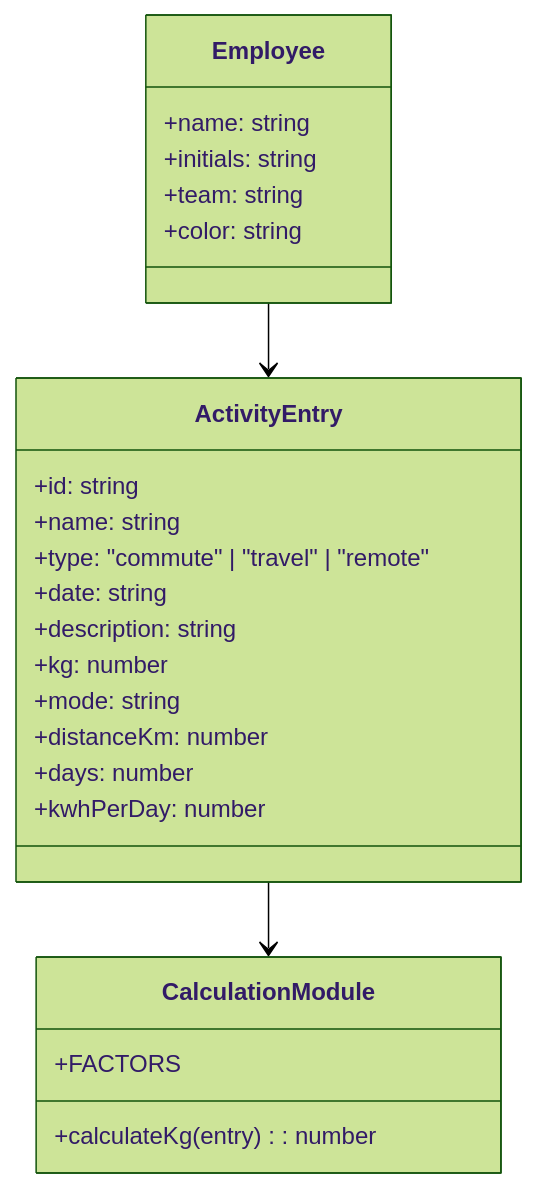
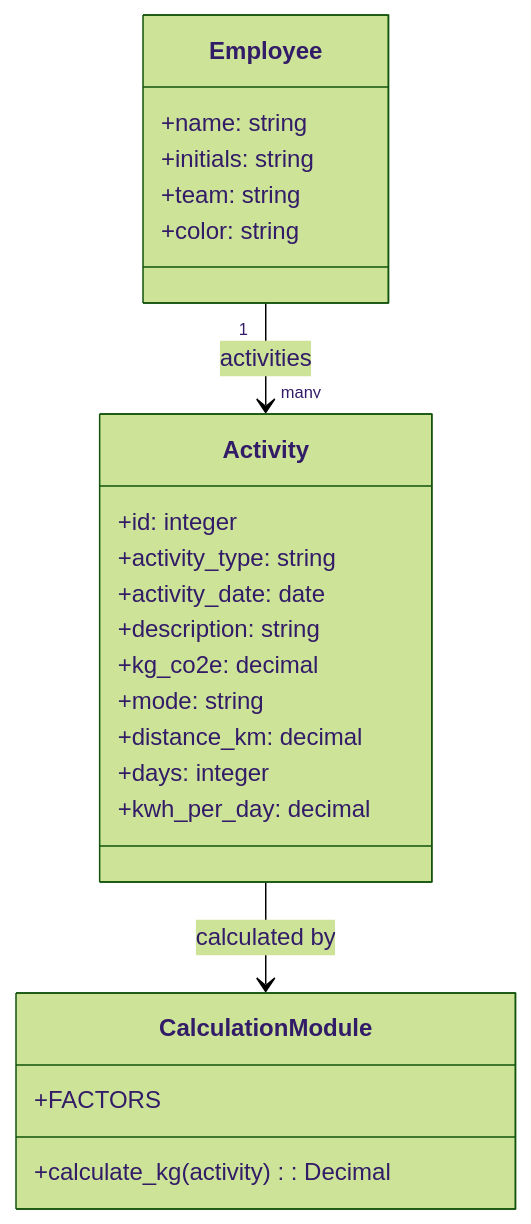
Before and after one commit to jkleecloud/hackcarbonapp: the third of 8 diagrams in ARCHITECTURE.md, drawn with Mermaid (forest theme). The commit also changed other lines of this file and 37 other files, not shown here.

````diff
--- a/ARCHITECTURE.md
+++ b/ARCHITECTURE.md
@@ -77,30 +85,29 @@
 ```mermaid
 classDiagram
-    class ActivityEntry {
-        +id: string
-        +name: string
-        +type: "commute" | "travel" | "remote"
-        +date: string
+    class Activity {
+        +id: integer
+        +activity_type: string
+        +activity_date: date
         +description: string
-        +kg: number
+        +kg_co2e: decimal
         +mode: string
-        +distanceKm: number
-        +days: number
-        +kwhPerDay: number
+        +distance_km: decimal
+        +days: integer
+        +kwh_per_day: decimal
     }
 
     class Employee { 
         +name: string
         +initials: string
         +team: string
         +color: string
     }
 
     class CalculationModule {
         +FACTORS
-        +calculateKg(entry): number
+        +calculate_kg(activity): Decimal
     }
 
-    ActivityEntry --> CalculationModule
-    Employee --> ActivityEntry
+    Employee "1" --> "many" Activity : activities
+    Activity --> CalculationModule : calculated by
 ```
````
